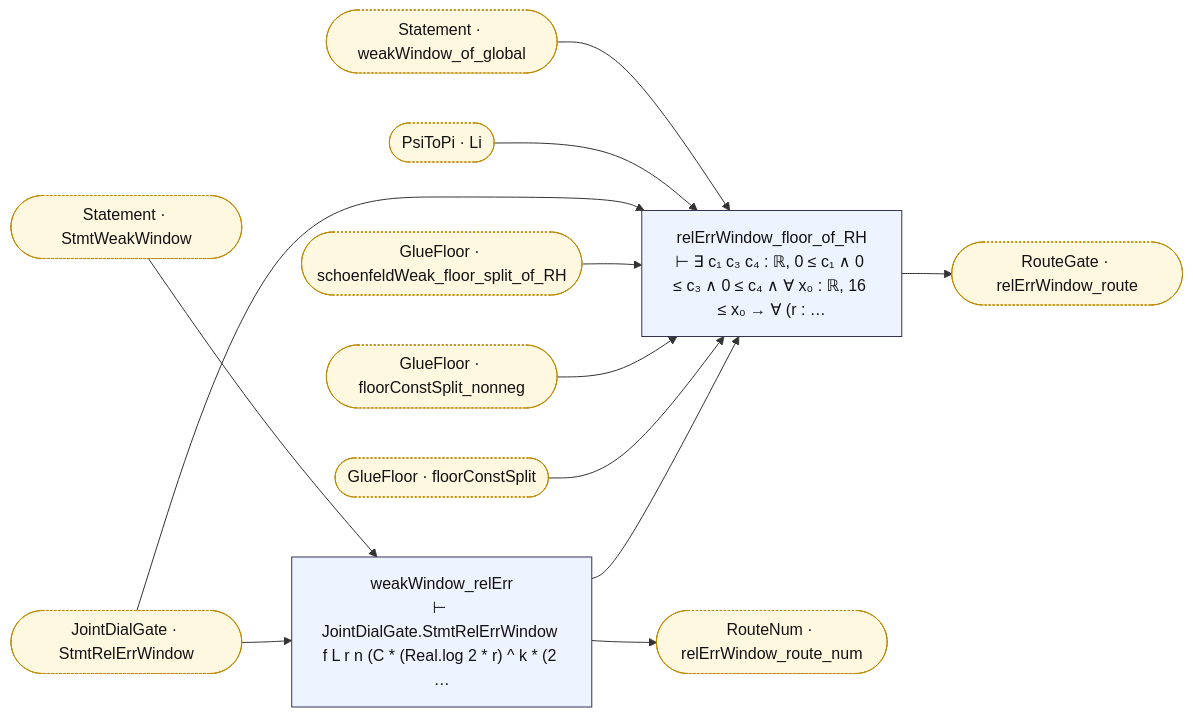
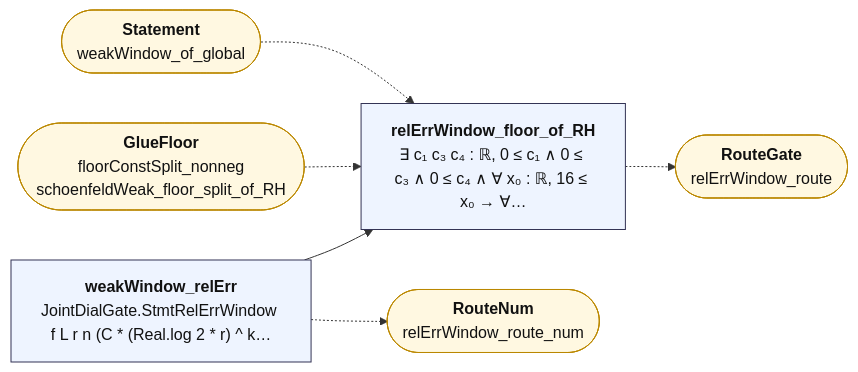
One commit to juliansambranojr/Primebeat_081426 changed the diagram in map/lean_stage3/JointFloorGate.md. Above: the diagram before and after it, drawn with Mermaid. The commit also changed other lines of this file and 387 other files, not shown here.

````diff
--- a/map/lean_stage3/JointFloorGate.md
+++ b/map/lean_stage3/JointFloorGate.md
@@ -8,31 +12,19 @@
 ```mermaid
 flowchart LR
-  n0["weakWindow_relErr<br/>⊢ JointDialGate.StmtRelErrWindow f L r n (C * (Real.log 2 * r) ^ k * (2 …"]:::thm
-  n1["relErrWindow_floor_of_RH<br/>⊢ ∃ c₁ c₃ c₄ : ℝ, 0 ≤ c₁ ∧ 0 ≤ c₃ ∧ 0 ≤ c₄ ∧ ∀ x₀ : ℝ, 16 ≤ x₀ → ∀ (r : …"]:::thm
-  x0(["GlueFloor · floorConstSplit"]):::ext
-  x1(["GlueFloor · floorConstSplit_nonneg"]):::ext
-  x2(["GlueFloor · schoenfeldWeak_floor_split_of_RH"]):::ext
-  x3(["JointDialGate · StmtRelErrWindow"]):::ext
-  x4(["PsiToPi · Li"]):::ext
-  x5(["RouteGate · relErrWindow_route"]):::ext
-  x6(["RouteNum · relErrWindow_route_num"]):::ext
-  x7(["Statement · StmtWeakWindow"]):::ext
-  x8(["Statement · weakWindow_of_global"]):::ext
+  n0["<b>weakWindow_relErr</b><br/>JointDialGate.StmtRelErrWindow f L r n (C * (Real.log 2 * r) ^ k…"]:::thm
+  n1["<b>relErrWindow_floor_of_RH</b><br/>∃ c₁ c₃ c₄ : ℝ, 0 ≤ c₁ ∧ 0 ≤ c₃ ∧ 0 ≤ c₄ ∧ ∀ x₀ : ℝ, 16 ≤ x₀ → ∀…"]:::thm
+  x0(["<b>RouteNum</b><br/>relErrWindow_route_num"]):::ext
+  x1(["<b>GlueFloor</b><br/>floorConstSplit_nonneg<br/>schoenfeldWeak_floor_split_of_RH"]):::ext
+  x2(["<b>Statement</b><br/>weakWindow_of_global"]):::ext
+  x3(["<b>RouteGate</b><br/>relErrWindow_route"]):::ext
   n0 --> n1
-  n0 --> x6
-  n1 --> x5
-  x0 --> n1
-  x1 --> n1
-  x2 --> n1
-  x3 --> n0
-  x3 --> n1
-  x4 --> n1
-  x7 --> n0
-  x8 --> n1
+  n0 -.-> x0
+  n1 -.-> x3
+  x1 -.-> n1
+  x2 -.-> n1
   classDef thm fill:#eef4ff,stroke:#335,color:#111
-  classDef dfn fill:#f2f2f2,stroke:#777,color:#111
   classDef end_ fill:#e7f7e7,stroke:#2a7,color:#111,stroke-width:2px
   classDef lone fill:#fff,stroke:#999,color:#111,stroke-dasharray:4 3
   classDef bad fill:#ffe5e5,stroke:#c22,color:#111,stroke-width:2px
-  classDef ext fill:#fff8e1,stroke:#b80,color:#111,stroke-dasharray:2 2
+  classDef ext fill:#fff8e1,stroke:#b80,color:#111
 ```
````
